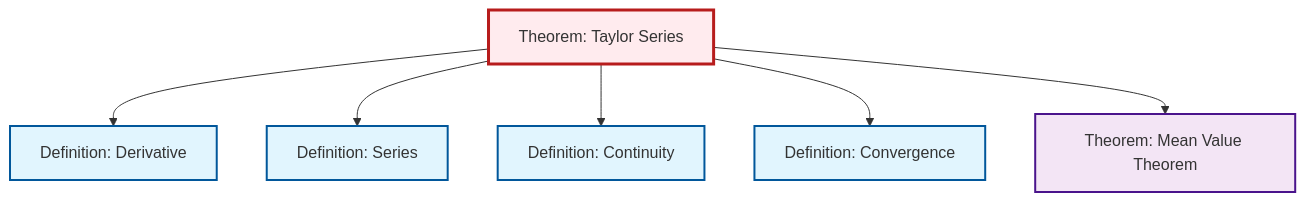
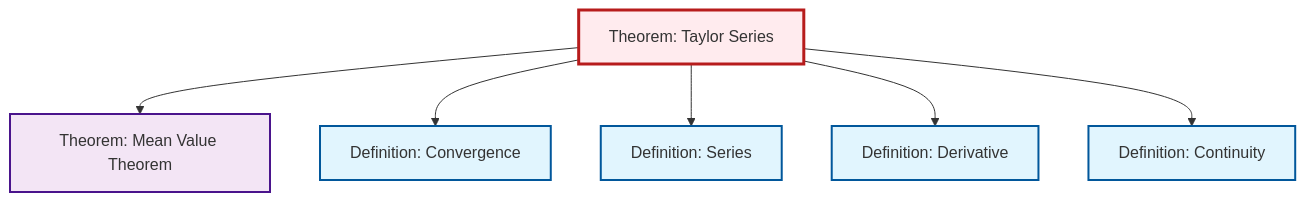
Before and after one commit to RK0429/ModernMath: the diagram in content/en/analysis/thm-taylor-series.qmd, drawn with Mermaid. The commit also changed other lines of this file and 581 other files, not shown here.

````diff
--- a/content/en/analysis/thm-taylor-series.qmd
+++ b/content/en/analysis/thm-taylor-series.qmd
@@ -107,26 +107,26 @@
 ```{mermaid}
 %%| fig-cap: "Local dependency graph"
 graph TD
     classDef definition fill:#e1f5fe,stroke:#01579b,stroke-width:2px
     classDef theorem fill:#f3e5f5,stroke:#4a148c,stroke-width:2px
     classDef axiom fill:#fff3e0,stroke:#e65100,stroke-width:2px
     classDef example fill:#e8f5e9,stroke:#1b5e20,stroke-width:2px
     classDef current fill:#ffebee,stroke:#b71c1c,stroke-width:3px
-    def-continuity["Definition: Continuity"]:::definition
+    def-convergence["Definition: Convergence"]:::definition
     def-series["Definition: Series"]:::definition
     thm-mean-value["Theorem: Mean Value Theorem"]:::theorem
+    def-derivative["Definition: Derivative"]:::definition
     thm-taylor-series["Theorem: Taylor Series"]:::theorem
-    def-convergence["Definition: Convergence"]:::definition
-    def-derivative["Definition: Derivative"]:::definition
+    def-continuity["Definition: Continuity"]:::definition
+    thm-taylor-series --> thm-mean-value
+    thm-taylor-series --> def-convergence
+    thm-taylor-series --> def-series
     thm-taylor-series --> def-derivative
-    thm-taylor-series --> def-series
     thm-taylor-series --> def-continuity
-    thm-taylor-series --> def-convergence
-    thm-taylor-series --> thm-mean-value
     class thm-taylor-series current
-    click def-continuity "def-continuity.html" "Go to Continuity definition"
+    click def-convergence "def-convergence.html" "Go to Convergence definition"
     click def-series "def-series.html" "Go to Series definition"
     click thm-mean-value "thm-mean-value.html" "Go to Mean Value Theorem theorem"
-    click def-convergence "def-convergence.html" "Go to Convergence definition"
     click def-derivative "def-derivative.html" "Go to Derivative definition"
+    click def-continuity "def-continuity.html" "Go to Continuity definition"
 ```
````
